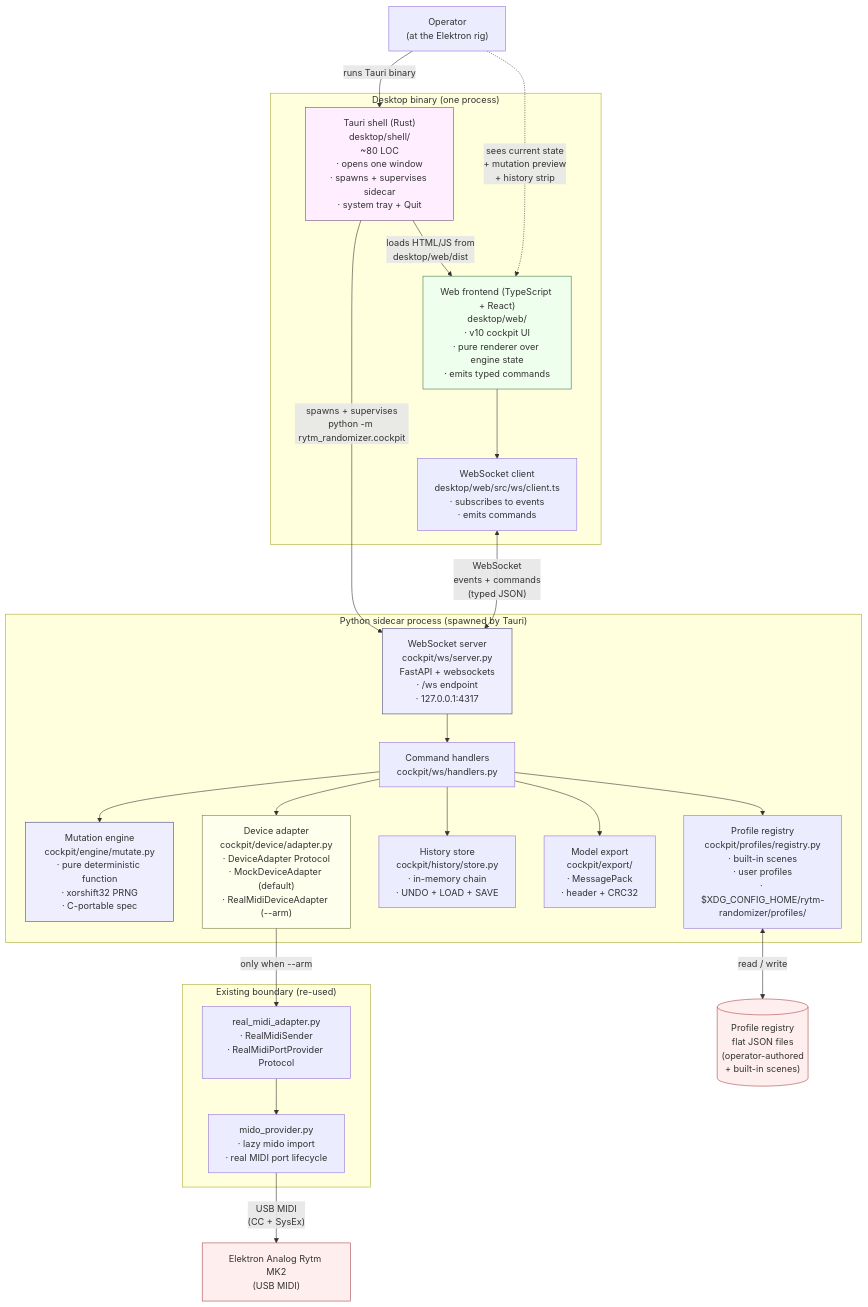
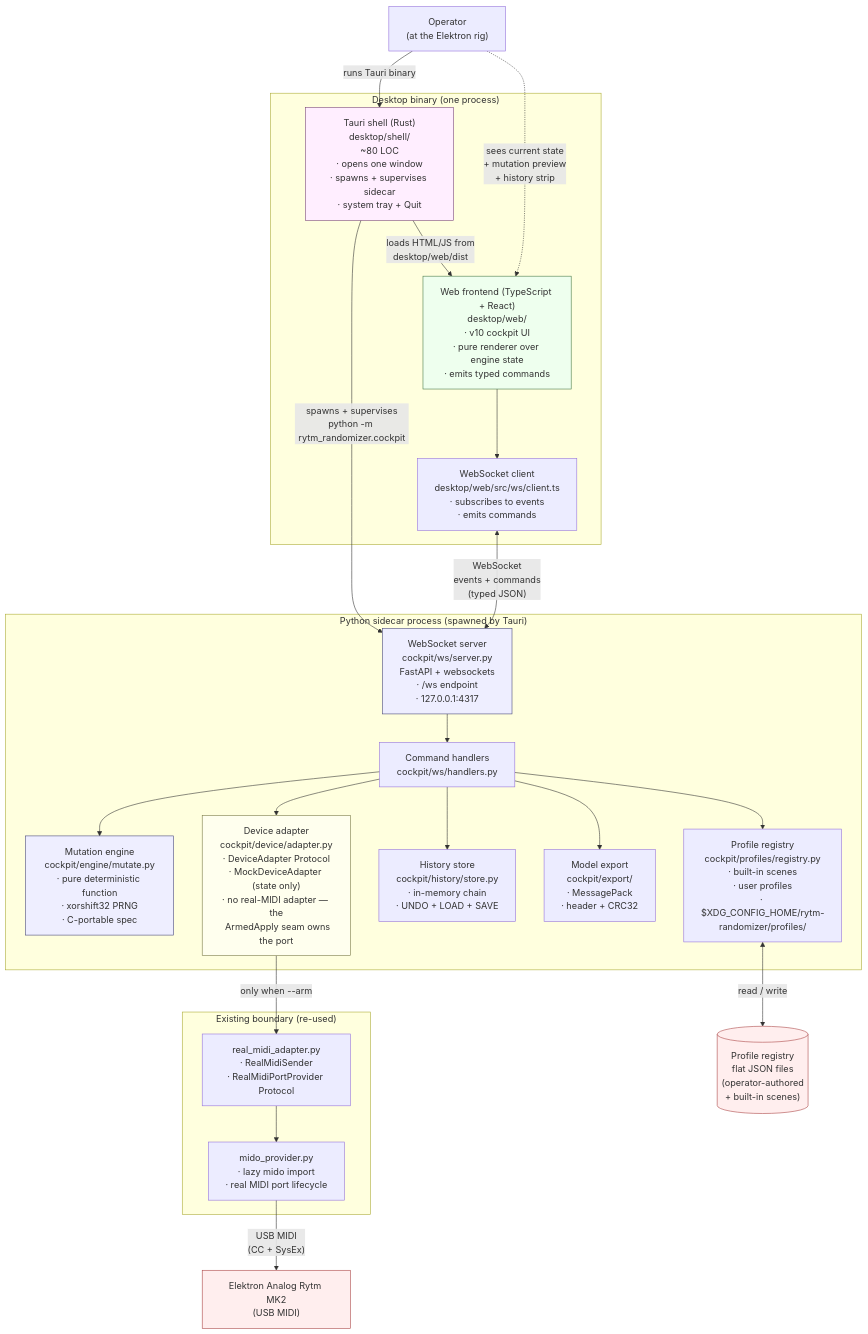
One commit to buzzijose-hub/RytmRandomizer changed diagram 27 of 34 in docs/ARCHITECTURE_DIAGRAMS.md. Above: the diagram before and after it, drawn with Mermaid. The commit also changed other lines of this file and 25 other files, not shown here.

First line of the commit message:
fix(safety)!: route every armed send through one ArmedApply seam (CODEOWNER Criticals 1-4)

````diff
--- a/docs/ARCHITECTURE_DIAGRAMS.md
+++ b/docs/ARCHITECTURE_DIAGRAMS.md
@@ -2032,57 +2032,57 @@
 ```mermaid
 flowchart TB
     Operator["Operator<br/>(at the Elektron rig)"]
 
     subgraph Desktop["Desktop binary (one process)"]
         TauriShell["Tauri shell (Rust)<br/>desktop/shell/<br/>~80 LOC<br/>· opens one window<br/>· spawns + supervises sidecar<br/>· system tray + Quit"]
         WebFrontend["Web frontend (TypeScript + React)<br/>desktop/web/<br/>· v10 cockpit UI<br/>· pure renderer over engine state<br/>· emits typed commands"]
         WSClient["WebSocket client<br/>desktop/web/src/ws/client.ts<br/>· subscribes to events<br/>· emits commands"]
     end
 
     subgraph Sidecar["Python sidecar process (spawned by Tauri)"]
         WSServer["WebSocket server<br/>cockpit/ws/server.py<br/>FastAPI + websockets<br/>· /ws endpoint<br/>· 127.0.0.1:4317"]
         Handlers["Command handlers<br/>cockpit/ws/handlers.py"]
         Engine["Mutation engine<br/>cockpit/engine/mutate.py<br/>· pure deterministic function<br/>· xorshift32 PRNG<br/>· C-portable spec"]
         Profiles["Profile registry<br/>cockpit/profiles/registry.py<br/>· built-in scenes<br/>· user profiles<br/>· $XDG_CONFIG_HOME/rytm-randomizer/profiles/"]
         History["History store<br/>cockpit/history/store.py<br/>· in-memory chain<br/>· UNDO + LOAD + SAVE"]
         Export["Model export<br/>cockpit/export/<br/>· MessagePack<br/>· header + CRC32"]
-        DeviceAdapter["Device adapter<br/>cockpit/device/adapter.py<br/>· DeviceAdapter Protocol<br/>· MockDeviceAdapter (default)<br/>· RealMidiDeviceAdapter (--arm)"]
+        DeviceAdapter["Device adapter<br/>cockpit/device/adapter.py<br/>· DeviceAdapter Protocol<br/>· MockDeviceAdapter (state only)<br/>· no real-MIDI adapter — the<br/>  ArmedApply seam owns the port"]
     end
 
     subgraph ExistingBoundary["Existing boundary (re-used)"]
         MidoProvider["mido_provider.py<br/>· lazy mido import<br/>· real MIDI port lifecycle"]
         RealAdapter["real_midi_adapter.py<br/>· RealMidiSender<br/>· RealMidiPortProvider Protocol"]
     end
 
     Rytm["Elektron Analog Rytm MK2<br/>(USB MIDI)"]
     Disk[("Profile registry<br/>flat JSON files<br/>(operator-authored<br/>+ built-in scenes)")]
 
     Operator -->|"runs Tauri binary"| TauriShell
     TauriShell -->|"spawns + supervises<br/>python -m rytm_randomizer.cockpit"| WSServer
     TauriShell -->|"loads HTML/JS from<br/>desktop/web/dist"| WebFrontend
     WebFrontend --> WSClient
 
     WSClient <-->|"WebSocket<br/>events + commands<br/>(typed JSON)"| WSServer
     WSServer --> Handlers
     Handlers --> Engine
     Handlers --> Profiles
     Handlers --> History
     Handlers --> DeviceAdapter
     Handlers --> Export
 
     Profiles <-->|"read / write"| Disk
 
     DeviceAdapter -->|"only when --arm"| RealAdapter
     RealAdapter --> MidoProvider
     MidoProvider -->|"USB MIDI<br/>(CC + SysEx)"| Rytm
 
     Operator -. "sees current state<br/>+ mutation preview<br/>+ history strip" .-> WebFrontend
 
     style TauriShell fill:#fef,stroke:#747
     style WebFrontend fill:#efe,stroke:#474
     style WSServer fill:#eef,stroke:#447
     style Engine fill:#eef,stroke:#447
     style DeviceAdapter fill:#ffe,stroke:#774
     style Rytm fill:#fee,stroke:#a44
     style Disk fill:#fee,stroke:#a44
 ```
````
